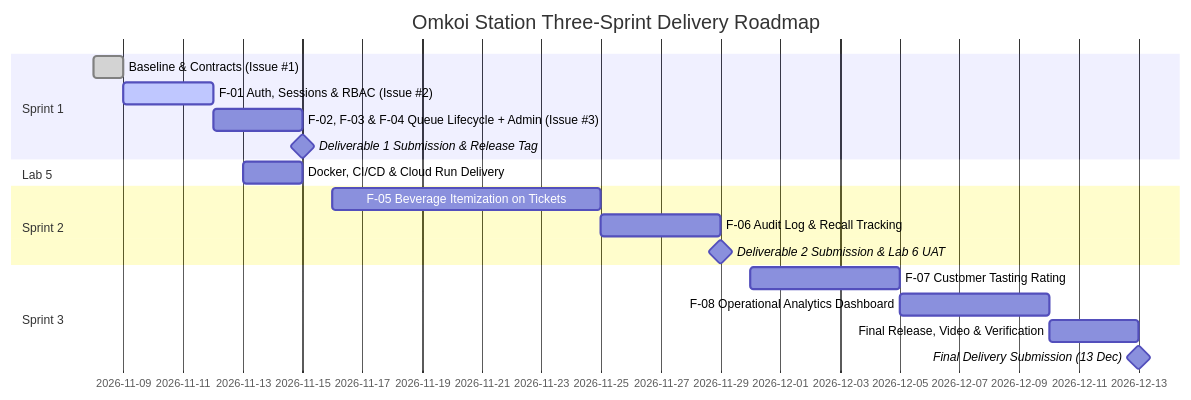
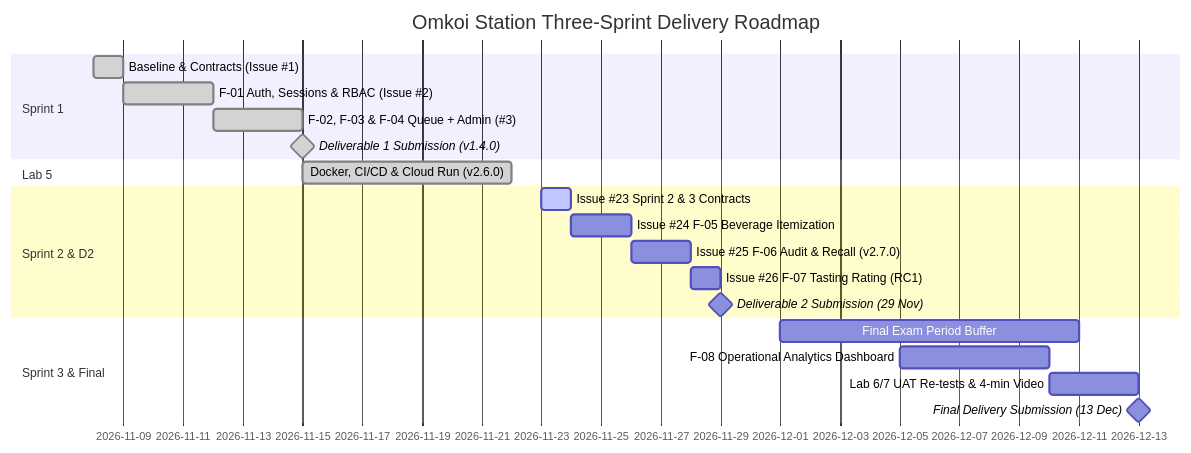
The diagram in docs/sprints/plan.md (MANGKONYOK/cafe-queue-services), drawn with Mermaid before and after one commit. The commit also changed other lines of this file and 4 other files, not shown here.

````diff
--- a/docs/sprints/plan.md
+++ b/docs/sprints/plan.md
@@ -7,21 +7,23 @@
 ```mermaid
 gantt
     title Omkoi Station Three-Sprint Delivery Roadmap
     dateFormat  YYYY-MM-DD
     section Sprint 1
-    Baseline & Contracts (Issue #1)     :done, 2026-11-08, 2026-11-09
-    F-01 Auth, Sessions & RBAC (Issue #2):active, 2026-11-09, 2026-11-12
-    F-02, F-03 & F-04 Queue Lifecycle + Admin (Issue #3):2026-11-12, 2026-11-15
-    Deliverable 1 Submission & Release Tag:milestone, 2026-11-15, 0d
+    Baseline & Contracts (Issue #1)       :done, 2026-11-08, 2026-11-09
+    F-01 Auth, Sessions & RBAC (Issue #2) :done, 2026-11-09, 2026-11-12
+    F-02, F-03 & F-04 Queue + Admin (#3)  :done, 2026-11-12, 2026-11-15
+    Deliverable 1 Submission (v1.4.0)     :milestone, done, 2026-11-15, 0d
     section Lab 5
-    Docker, CI/CD & Cloud Run Delivery   :2026-11-13, 2026-11-15
-    section Sprint 2
-    F-05 Beverage Itemization on Tickets :2026-11-16, 2026-11-25
-    F-06 Audit Log & Recall Tracking     :2026-11-25, 2026-11-29
-    Deliverable 2 Submission & Lab 6 UAT :milestone, 2026-11-29, 0d
-    section Sprint 3
-    F-07 Customer Tasting Rating         :2026-11-30, 2026-12-05
-    F-08 Operational Analytics Dashboard :2026-12-05, 2026-12-10
-    Final Release, Video & Verification  :2026-12-10, 2026-12-13
-    Final Delivery Submission (13 Dec)   :milestone, 2026-12-13, 0d
+    Docker, CI/CD & Cloud Run (v2.6.0)    :done, 2026-11-15, 2026-11-22
+    section Sprint 2 & D2
+    Issue #23 Sprint 2 & 3 Contracts      :active, 2026-11-23, 2026-11-24
+    Issue #24 F-05 Beverage Itemization   :2026-11-24, 2026-11-26
+    Issue #25 F-06 Audit & Recall (v2.7.0):2026-11-26, 2026-11-28
+    Issue #26 F-07 Tasting Rating (RC1)   :2026-11-28, 2026-11-29
+    Deliverable 2 Submission (29 Nov)     :milestone, 2026-11-29, 0d
+    section Sprint 3 & Final
+    Final Exam Period Buffer              :2026-12-01, 2026-12-11
+    F-08 Operational Analytics Dashboard  :2026-12-05, 2026-12-10
+    Lab 6/7 UAT Re-tests & 4-min Video    :2026-12-10, 2026-12-13
+    Final Delivery Submission (13 Dec)    :milestone, 2026-12-13, 0d
 ```
````
